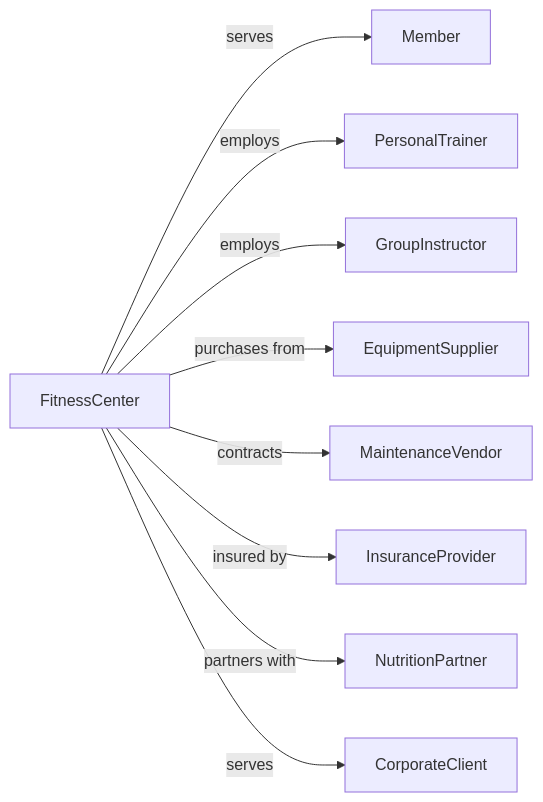
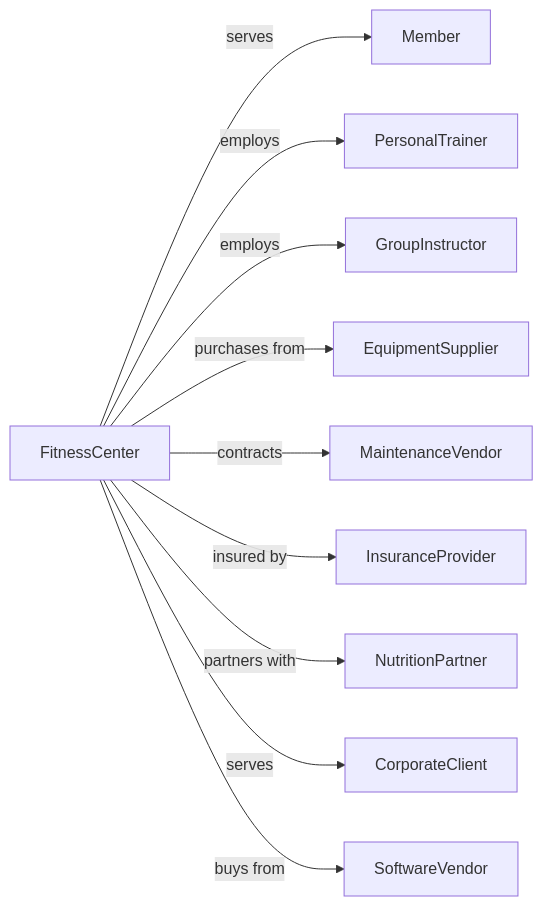
The second of 2 diagrams in Arts/AmusementGamblingAndRecreationIndustries/OtherAmusementAndRecreationIndustries/FitnessAndRecreationalSportsCenters.mdx (dot-org-ai/industries.org.ai), drawn with Mermaid before and after one commit. The commit also changed 588 other files, not shown here.

````diff
--- a/Arts/AmusementGamblingAndRecreationIndustries/OtherAmusementAndRecreationIndustries/FitnessAndRecreationalSportsCenters.mdx
+++ b/Arts/AmusementGamblingAndRecreationIndustries/OtherAmusementAndRecreationIndustries/FitnessAndRecreationalSportsCenters.mdx
@@ -131,13 +131,14 @@
 ```mermaid
 graph LR
     F[FitnessCenter]
 
     F -->|serves| Member
     F -->|employs| PersonalTrainer
     F -->|employs| GroupInstructor
     F -->|purchases from| EquipmentSupplier
     F -->|contracts| MaintenanceVendor
     F -->|insured by| InsuranceProvider
     F -->|partners with| NutritionPartner
     F -->|serves| CorporateClient
+    F -->|buys from| SoftwareVendor
 ```
````
